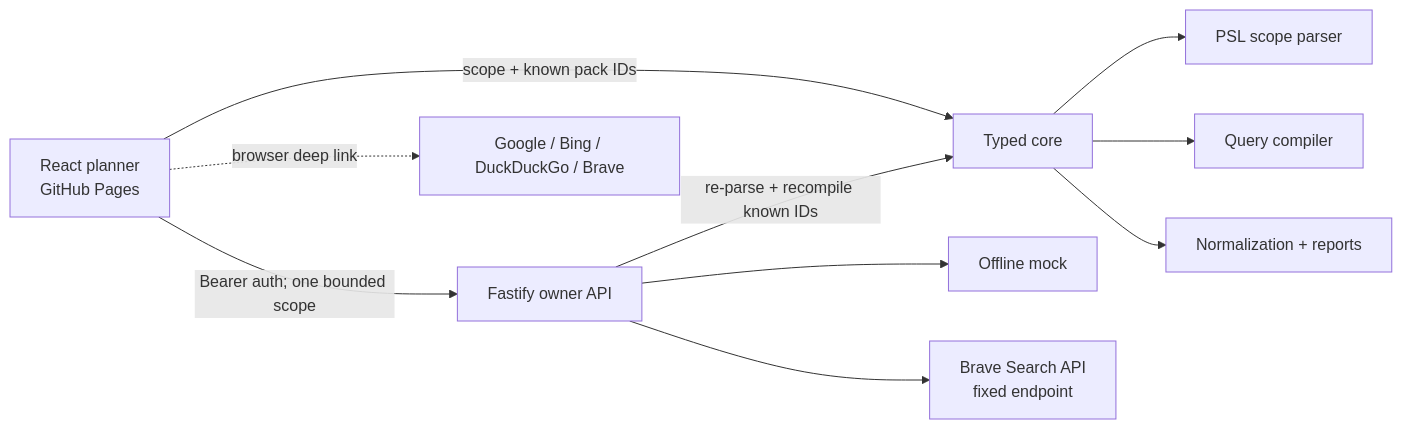
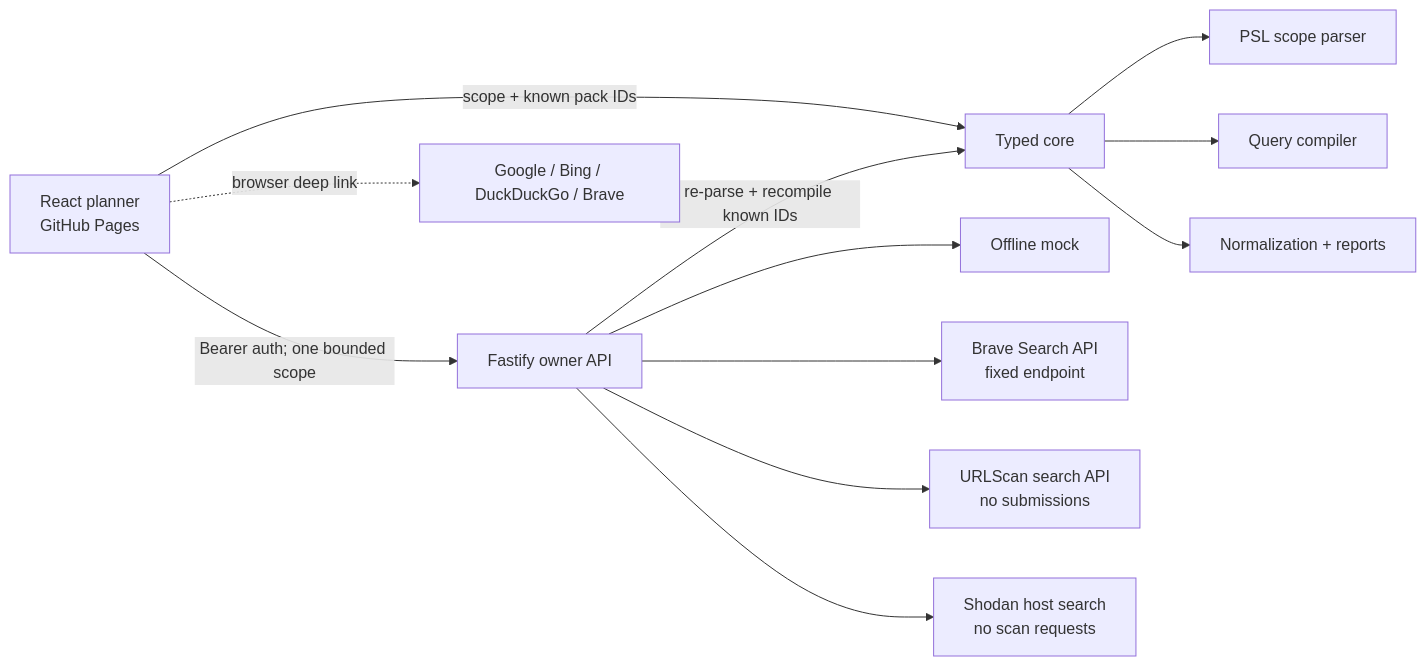
The diagram in README.md (favi2202/ReconForge-Web), drawn with Mermaid before and after one commit. The commit also changed other lines of this file and 38 other files, not shown here.

First line of the commit message:
feat: add URLScan and Shodan providers

````diff
--- a/README.md
+++ b/README.md
@@ -109,12 +111,14 @@
 ```mermaid
 flowchart LR
   A[React planner\nGitHub Pages] -->|scope + known pack IDs| C[Typed core]
   C --> P[PSL scope parser]
   C --> Q[Query compiler]
   C --> N[Normalization + reports]
   A -->|Bearer auth; one bounded scope| B[Fastify owner API]
   B -->|re-parse + recompile known IDs| C
   B --> M[Offline mock]
   B --> R[Brave Search API\nfixed endpoint]
+  B --> U[URLScan search API\nno submissions]
+  B --> H[Shodan host search\nno scan requests]
   A -. browser deep link .-> S[Google / Bing / DuckDuckGo / Brave]
 ```
````
